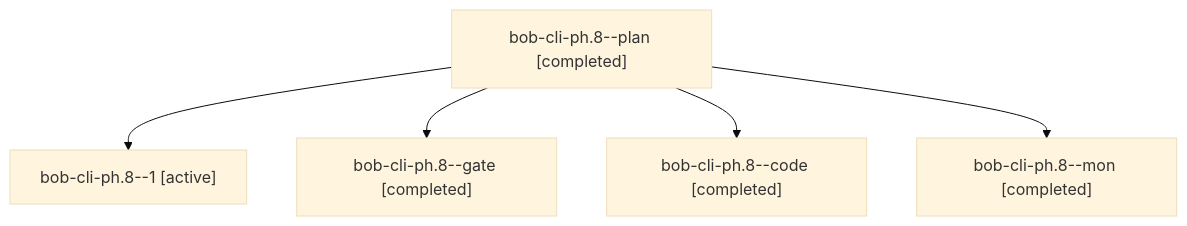
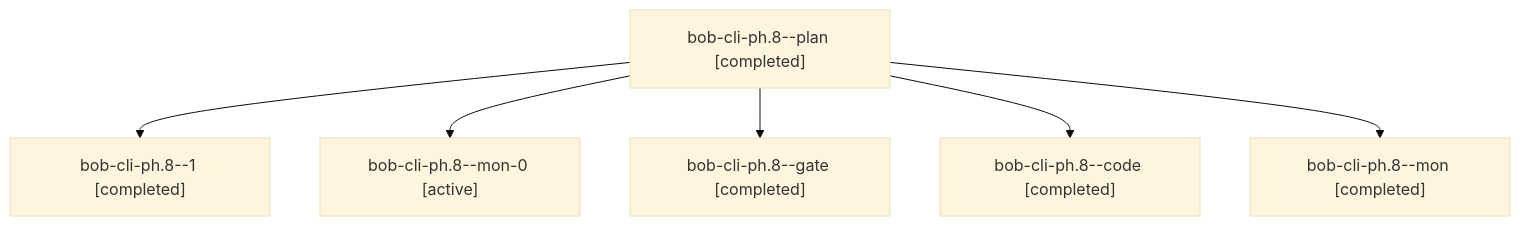
One commit to bobs-org/bob-cli--agents changed the diagram in sessions/bbugyi200.apollo.bob-cli-ph.8.md. Above: the diagram before and after it, drawn with Mermaid (base theme). The commit also changed other lines of this file and 134 other files, not shown here.

````diff
--- a/sessions/bbugyi200.apollo.bob-cli-ph.8.md
+++ b/sessions/bbugyi200.apollo.bob-cli-ph.8.md
@@ -9,12 +9,14 @@
 ```mermaid
 flowchart TD
   n0["bob-cli-ph.8--plan [completed]"]
-  n1["bob-cli-ph.8--1 [active]"]
+  n1["bob-cli-ph.8--1 [completed]"]
   n0 --> n1
-  n2["bob-cli-ph.8--gate [completed]"]
+  n2["bob-cli-ph.8--mon-0 [active]"]
   n0 --> n2
-  n3["bob-cli-ph.8--code [completed]"]
+  n3["bob-cli-ph.8--gate [completed]"]
   n0 --> n3
-  n4["bob-cli-ph.8--mon [completed]"]
+  n4["bob-cli-ph.8--code [completed]"]
   n0 --> n4
+  n5["bob-cli-ph.8--mon [completed]"]
+  n0 --> n5
 ```
````
